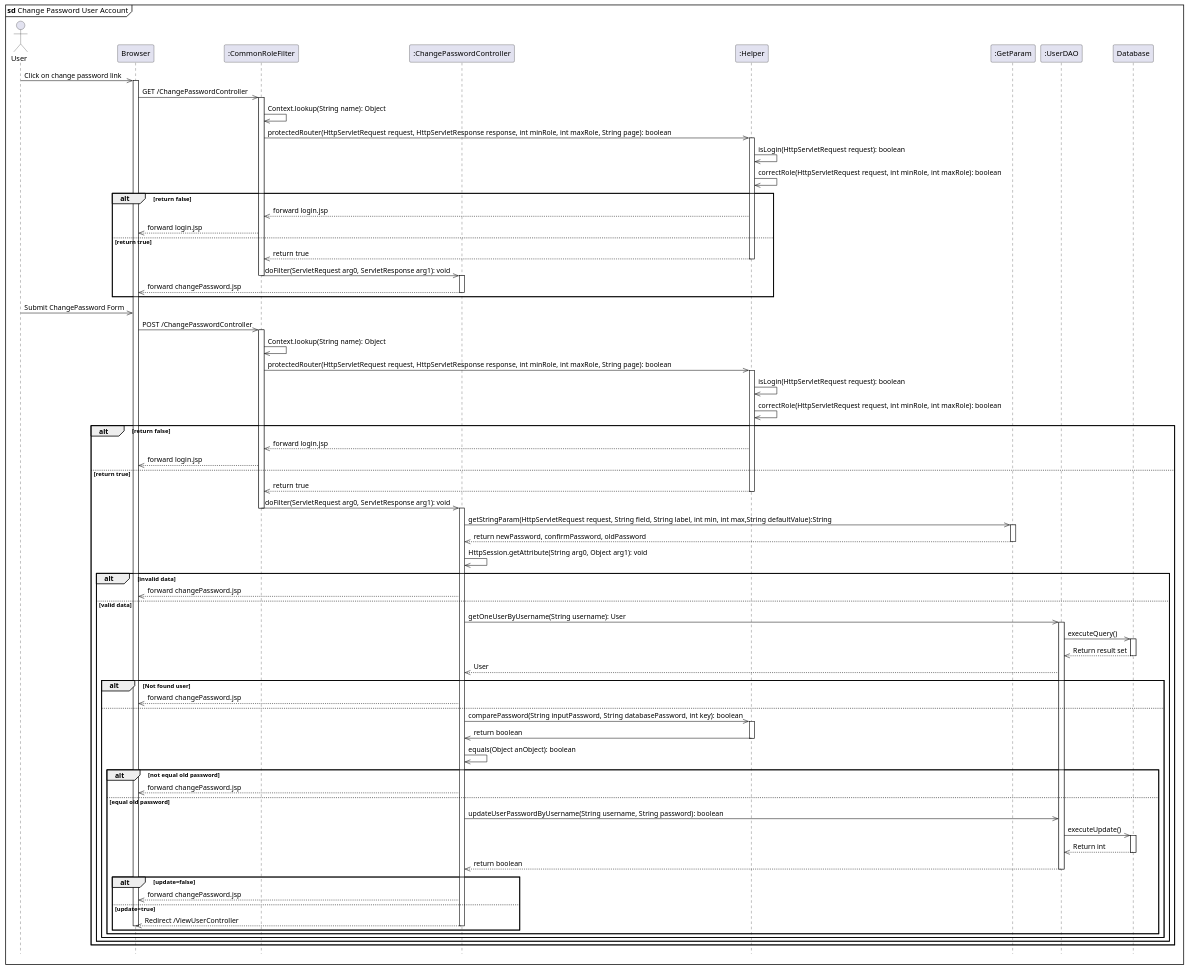
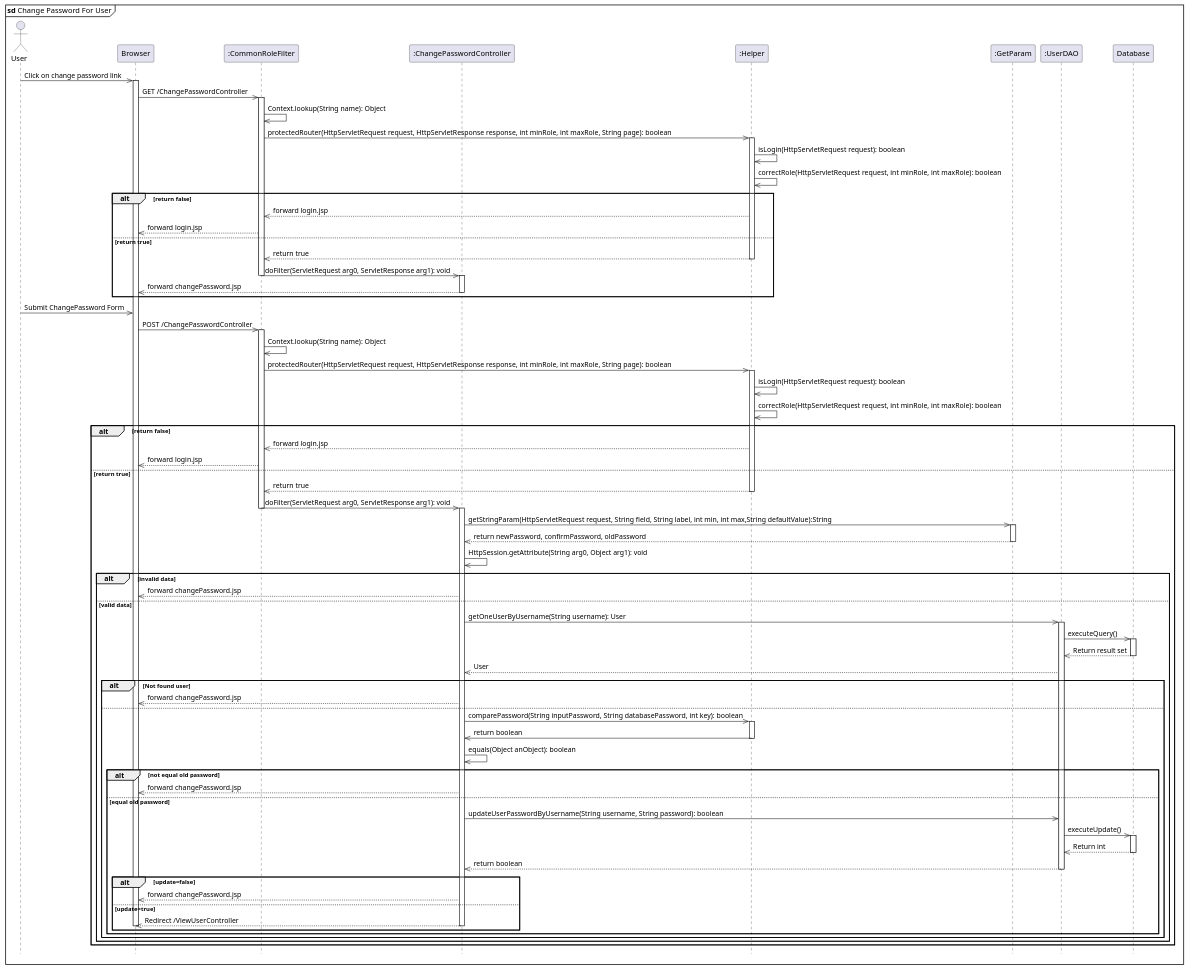
One commit to tantruong2303/booking-hotel changed the diagram in data/changePassword.puml. Above: the diagram before and after it, drawn with PlantUML. The commit also changed 26 other files, not shown here.

```diff
--- a/data/changePassword.puml
+++ b/data/changePassword.puml
@@ -1,99 +1,99 @@
 @startuml changePassword
 
 hide footbox
-mainframe <b>sd</b> Change Password User Account
+mainframe <b>sd</b> Change Password For User
 actor User
 participant "Browser" as Browser
 participant ":CommonRoleFilter" as CommonRoleFilter
 participant ":ChangePasswordController" as ChangePasswordController
 participant ":Helper" as Helper
 participant ":GetParam" as GetParam
 participant ":UserDAO" as UserDao
 participant "Database" as DB
 
 User ->> Browser: Click on change password link
 activate Browser
 Browser ->> CommonRoleFilter: GET /ChangePasswordController
 activate CommonRoleFilter
 CommonRoleFilter ->> CommonRoleFilter: Context.lookup(String name): Object
 CommonRoleFilter ->> Helper: protectedRouter(HttpServletRequest request, HttpServletResponse response, int minRole, int maxRole, String page): boolean
 activate Helper
 Helper ->> Helper: isLogin(HttpServletRequest request): boolean
 Helper ->> Helper: correctRole(HttpServletRequest request, int minRole, int maxRole): boolean
 alt return false 
     Helper -->> CommonRoleFilter: forward login.jsp
     CommonRoleFilter -->> Browser: forward login.jsp
 else return true
     Helper -->> CommonRoleFilter: return true
     deactivate Helper
     CommonRoleFilter ->> ChangePasswordController: doFilter(ServletRequest arg0, ServletResponse arg1): void
     deactivate CommonRoleFilter
     activate ChangePasswordController
     ChangePasswordController -->> Browser: forward changePassword.jsp
     deactivate ChangePasswordController
    
 end
 
 
 User ->> Browser: Submit ChangePassword Form
 Browser ->> CommonRoleFilter: POST /ChangePasswordController
 activate CommonRoleFilter
 CommonRoleFilter ->> CommonRoleFilter: Context.lookup(String name): Object
 CommonRoleFilter ->> Helper: protectedRouter(HttpServletRequest request, HttpServletResponse response, int minRole, int maxRole, String page): boolean
 activate Helper
 Helper ->> Helper: isLogin(HttpServletRequest request): boolean
 Helper ->> Helper: correctRole(HttpServletRequest request, int minRole, int maxRole): boolean
 alt return false 
     Helper -->> CommonRoleFilter: forward login.jsp
     CommonRoleFilter -->> Browser: forward login.jsp
 else return true
     Helper -->> CommonRoleFilter: return true
     deactivate Helper
     CommonRoleFilter ->> ChangePasswordController: doFilter(ServletRequest arg0, ServletResponse arg1): void
     deactivate CommonRoleFilter
     activate ChangePasswordController
     ChangePasswordController ->> GetParam: getStringParam(HttpServletRequest request, String field, String label, int min, int max,String defaultValue):String
     activate GetParam
     GetParam --->> ChangePasswordController: return newPassword, confirmPassword, oldPassword 
     deactivate GetParam
     ChangePasswordController ->> ChangePasswordController: HttpSession.getAttribute(String arg0, Object arg1): void
     alt invalid data
         ChangePasswordController -->> Browser: forward changePassword.jsp
     else valid data
         ChangePasswordController ->> UserDao: getOneUserByUsername(String username): User
         activate UserDao
         UserDao ->> DB: executeQuery()
         activate DB
         DB -->> UserDao: Return result set
         deactivate DB
         UserDao -->> ChangePasswordController: User
         alt Not found user
             ChangePasswordController -->> Browser: forward changePassword.jsp
         else
             ChangePasswordController ->> Helper:  comparePassword(String inputPassword, String databasePassword, int key): boolean
             activate Helper
             Helper   ->> ChangePasswordController:  return boolean
             deactivate Helper
             ChangePasswordController   ->> ChangePasswordController:   equals(Object anObject): boolean
             alt not equal old password
                 ChangePasswordController -->> Browser: forward changePassword.jsp
             else equal old password
                 ChangePasswordController ->> UserDao:  updateUserPasswordByUsername(String username, String password): boolean
                 UserDao ->> DB: executeUpdate()
                 activate DB
                 DB -->> UserDao: Return int
                 deactivate DB
                 UserDao -->> ChangePasswordController: return boolean
                 deactivate UserDao
                 alt update=false
                     ChangePasswordController -->> Browser: forward changePassword.jsp
                 else  update=true
                     ChangePasswordController -->> Browser: Redirect /ViewUserController 
                     deactivate ChangePasswordController
                     deactivate Browser
                 end
             end
         end
     end
 end
 @enduml
```
